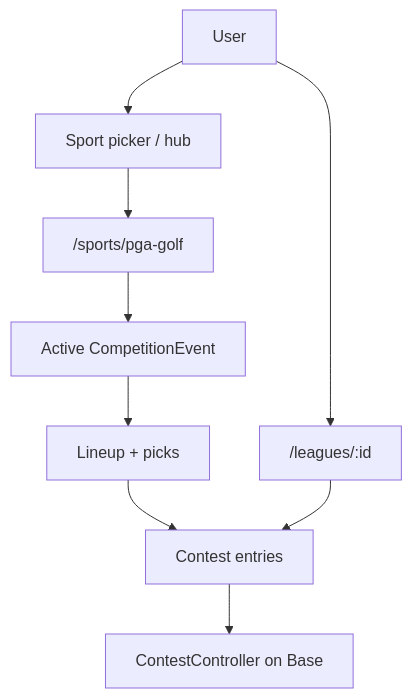
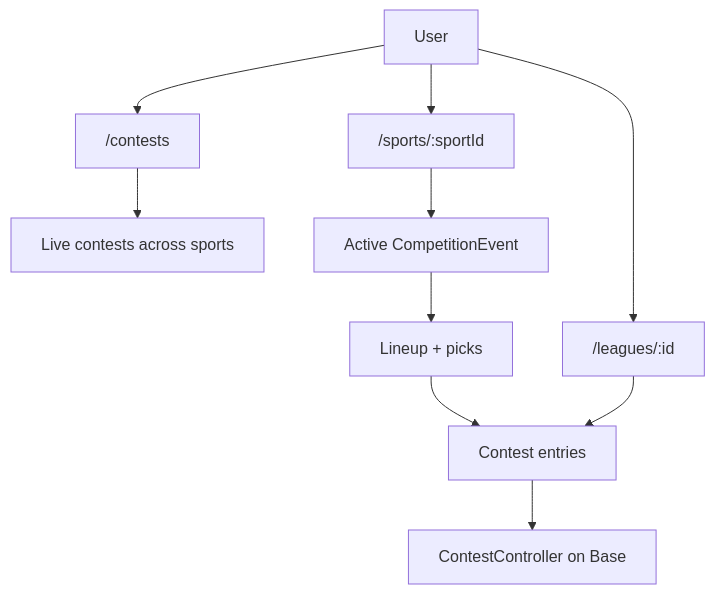
One commit to MagRelo/cut changed the diagram in spec/platform/README.md. Above: the diagram before and after it, drawn with Mermaid. The commit also changed other lines of this file and 36 other files, not shown here.

First line of the commit message:
Refactor sport context handling and enhance event management

````diff
--- a/spec/platform/README.md
+++ b/spec/platform/README.md
@@ -11,11 +11,12 @@
 ```mermaid
 flowchart TB
-  User --> Nav[Sport picker / hub]
+  User --> Contests["/contests"]
   User --> Leagues["/leagues/:id"]
-  Nav --> Golf["/sports/pga-golf"]
-  Golf --> Event[Active CompetitionEvent]
+  Contests --> Live[Live contests across sports]
+  User --> Hub["/sports/:sportId"]
+  Hub --> Event[Active CompetitionEvent]
   Event --> Lineup[Lineup + picks]
   Lineup --> Contest[Contest entries]
   Leagues --> Contest
   Contest --> Chain[ContestController on Base]
 ```
````
